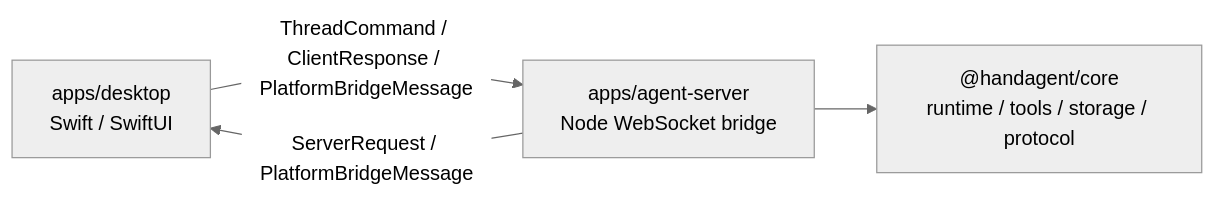
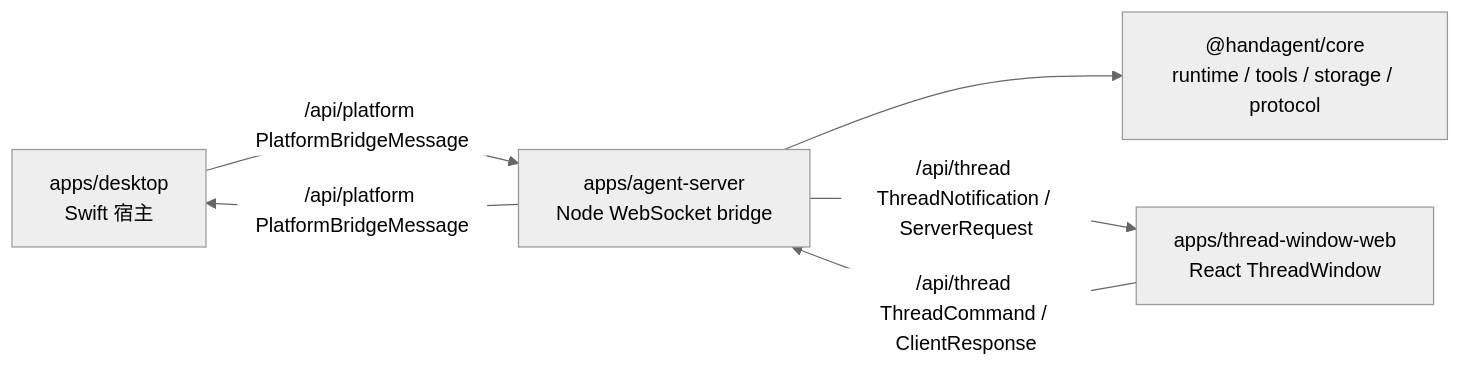
The first of 2 diagrams in apps/agent-server/agent-server.md (Lixuhang987/SpotAgent), drawn with Mermaid (neutral theme) before and after one commit. The commit also changed other lines of this file and 13 other files, not shown here.

````diff
--- a/apps/agent-server/agent-server.md
+++ b/apps/agent-server/agent-server.md
@@ -16,6 +16,8 @@
 ```mermaid
 flowchart LR
-  A["apps/desktop<br/>Swift / SwiftUI"] -->|"ThreadCommand / ClientResponse / PlatformBridgeMessage"| B["apps/agent-server<br/>Node WebSocket bridge"]
+  A["apps/desktop<br/>Swift 宿主"] -->|"/api/platform PlatformBridgeMessage"| B["apps/agent-server<br/>Node WebSocket bridge"]
+  W["apps/thread-window-web<br/>React ThreadWindow"] -->|"/api/thread ThreadCommand / ClientResponse"| B
   B --> C["@handagent/core<br/>runtime / tools / storage / protocol"]
-  B -->|"ServerRequest / PlatformBridgeMessage"| A
+  B -->|"/api/thread ThreadNotification / ServerRequest"| W
+  B -->|"/api/platform PlatformBridgeMessage"| A
 ```
````
